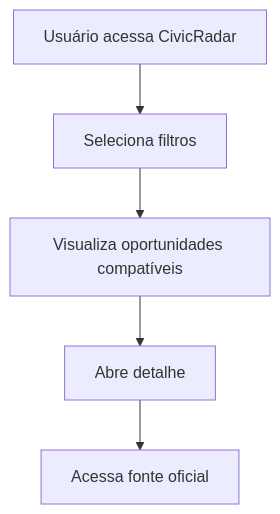
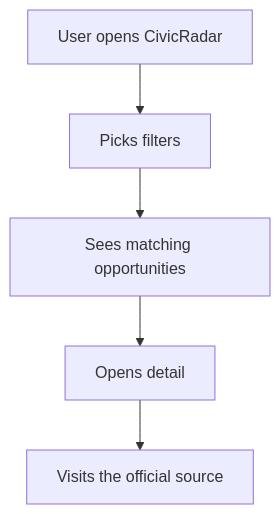
One commit to merlinfachetti/civic-radar changed the first of 4 diagrams in docs/PRODUCT_FOUNDATION.md. Above: the diagram before and after it, drawn with Mermaid. The commit also changed other lines of this file and 17 other files, not shown here.

````diff
--- a/docs/PRODUCT_FOUNDATION.md
+++ b/docs/PRODUCT_FOUNDATION.md
@@ -434,7 +426,7 @@
 ```mermaid
 flowchart TD
-    A[Usuário acessa CivicRadar] --> B[Seleciona filtros]
-    B --> C[Visualiza oportunidades compatíveis]
-    C --> D[Abre detalhe]
-    D --> E[Acessa fonte oficial]
+    A[User opens CivicRadar] --> B[Picks filters]
+    B --> C[Sees matching opportunities]
+    C --> D[Opens detail]
+    D --> E[Visits the official source]
 ```
````
